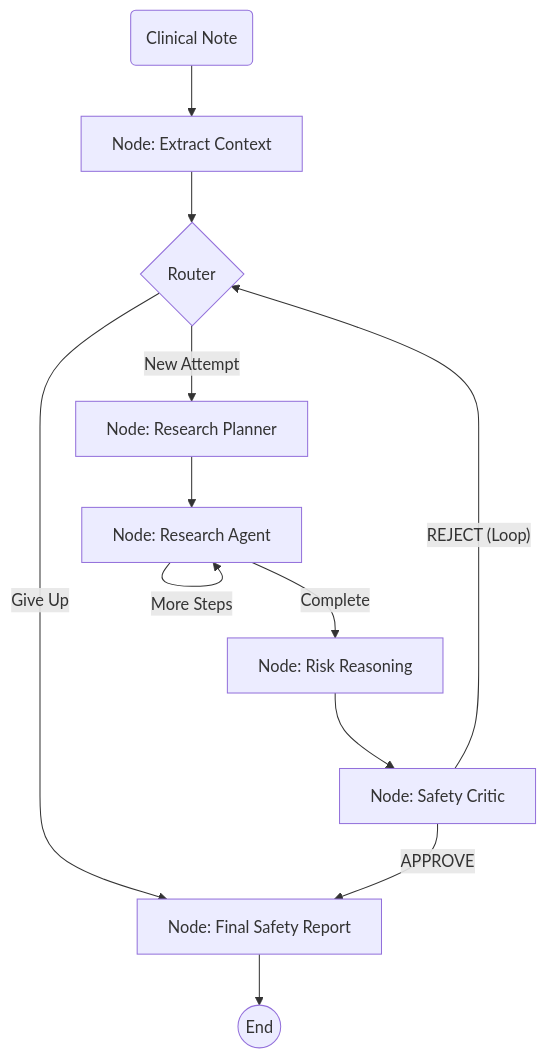
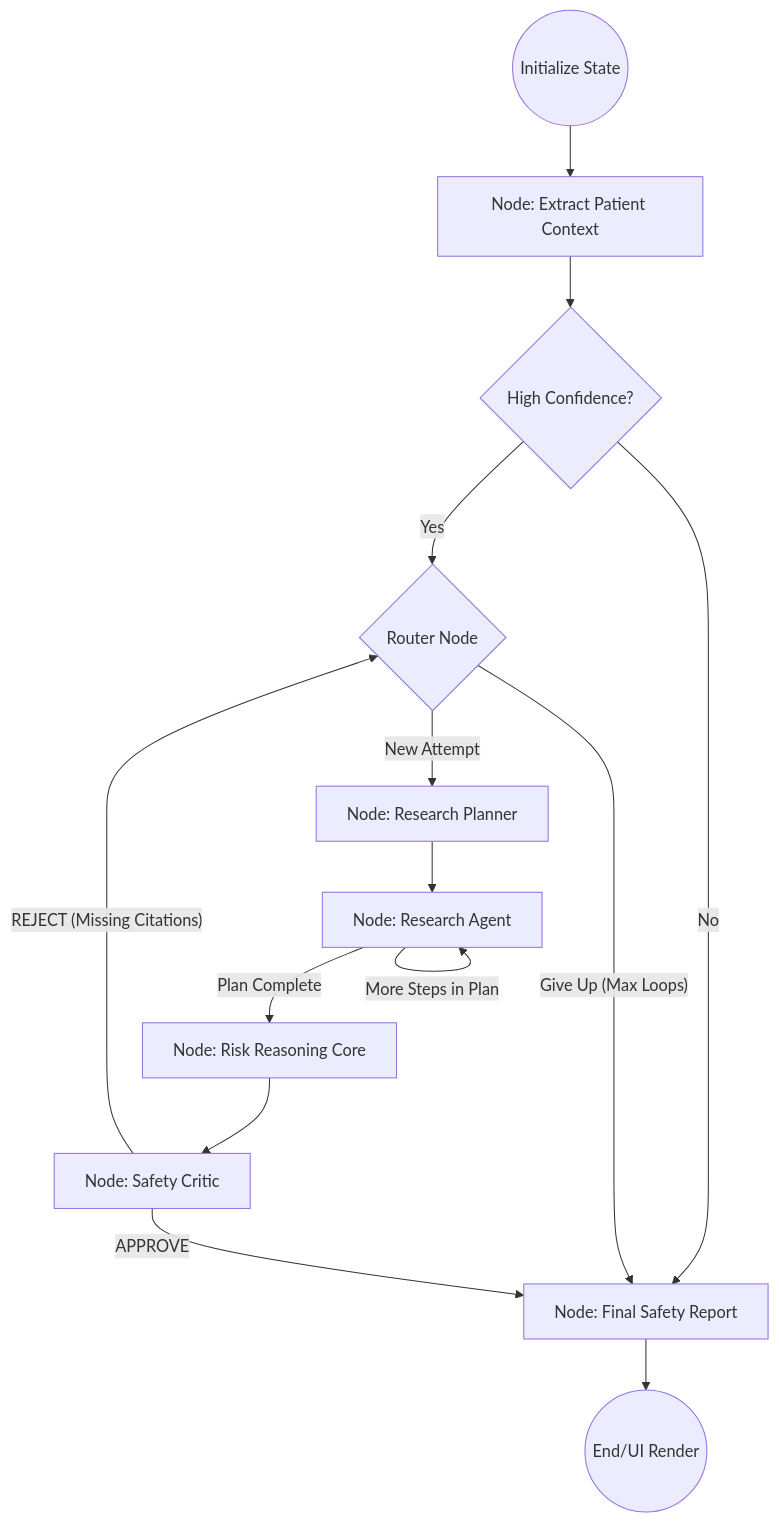
One commit to CodeNeuron58/RxGuard changed the diagram in README.md. Above: the diagram before and after it, drawn with Mermaid. The commit also changed other lines of this file and 16 other files, not shown here.

````diff
--- a/README.md
+++ b/README.md
@@ -26,20 +29,23 @@
 ```mermaid
 graph TD
-    Start(Clinical Note) --> Extract[Node: Extract Context]
-    Extract --> Router{Router}
+    Start((Initialize State)) --> Extract[Node: Extract Patient Context]
+    Extract --> ConfidenceCheck{High Confidence?}
+    
+    ConfidenceCheck -- "Yes" --> Router{Router Node}
+    ConfidenceCheck -- "No" --> Report[Node: Final Safety Report]
     
     Router -- "New Attempt" --> Planner[Node: Research Planner]
-    Router -- "Give Up" --> Report[Node: Final Safety Report]
+    Router -- "Give Up (Max Loops)" --> Report
     
     Planner --> Retrieve[Node: Research Agent]
     
-    Retrieve -- "More Steps" --> Retrieve
-    Retrieve -- "Complete" --> Reason[Node: Risk Reasoning]
+    Retrieve -- "More Steps in Plan" --> Retrieve
+    Retrieve -- "Plan Complete" --> Reason[Node: Risk Reasoning Core]
     
     Reason --> Critic[Node: Safety Critic]
     
-    Critic -- "REJECT (Loop)" --> Router
+    Critic -- "REJECT (Missing Citations)" --> Router
     Critic -- "APPROVE" --> Report
     
-    Report --> End((End))
+    Report --> End((End/UI Render))
 ```
````
